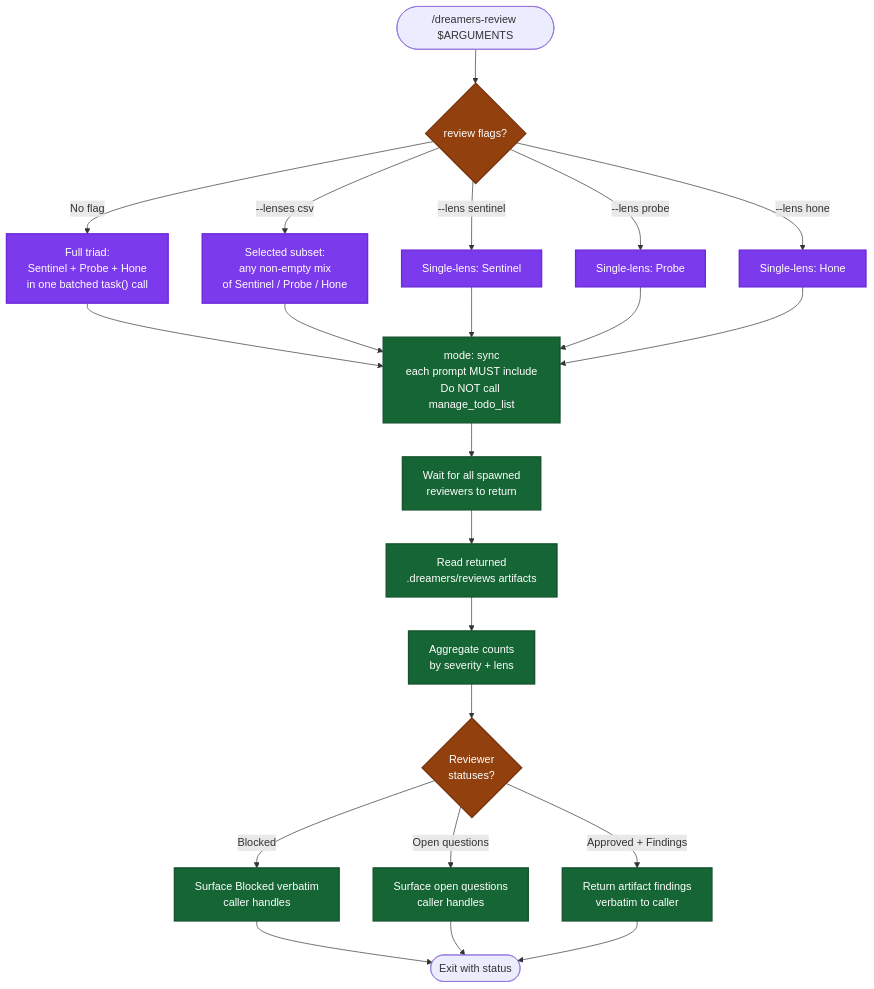
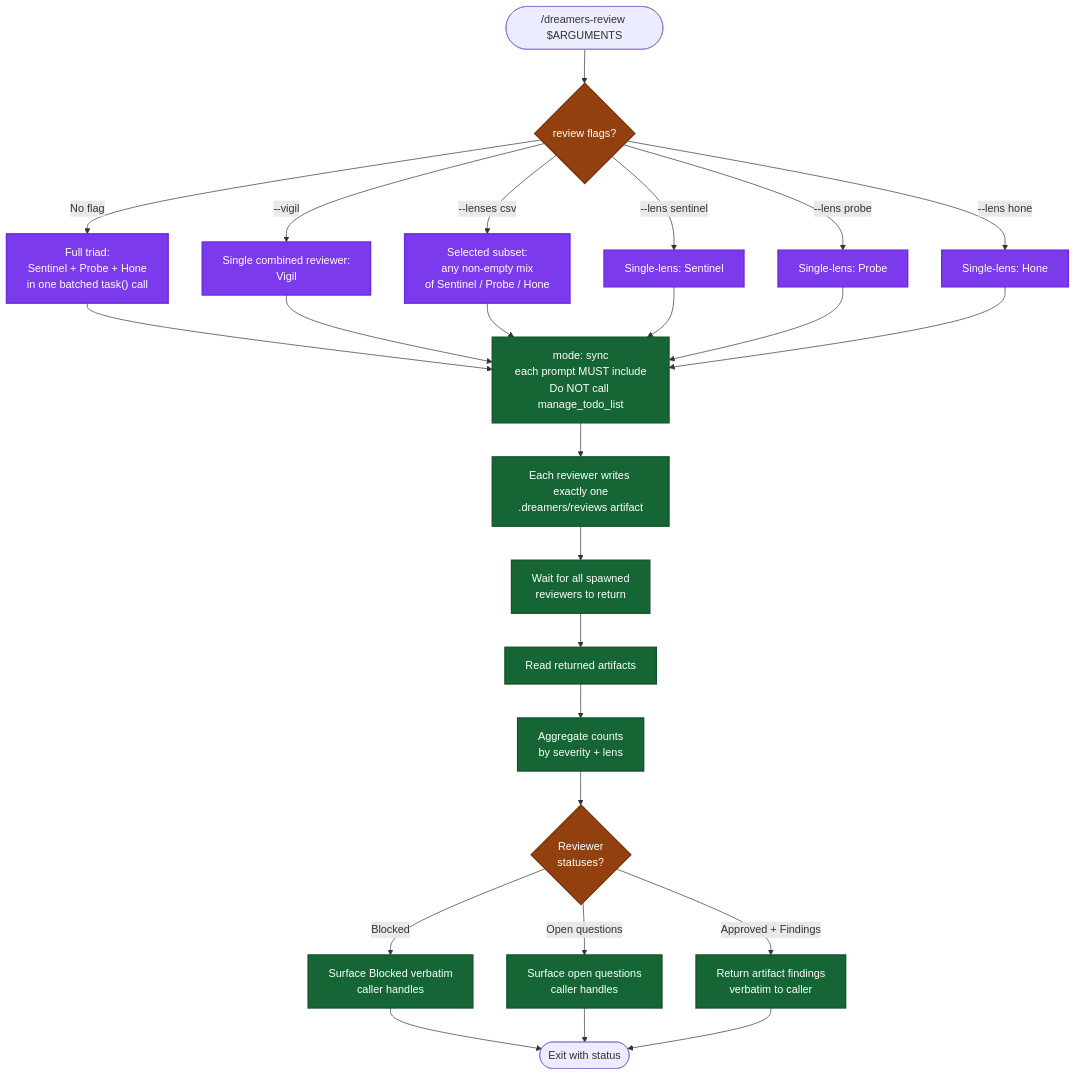
One commit to mrStorrs/dreamers-copilot changed the diagram in .github/skills/dreamers-review/readme.md. Above: the diagram before and after it, drawn with Mermaid. The commit also changed other lines of this file and 13 other files, not shown here.

````diff
--- a/.github/skills/dreamers-review/readme.md
+++ b/.github/skills/dreamers-review/readme.md
@@ -5,37 +5,40 @@
 ```mermaid
 flowchart TD
     Start(["/dreamers-review $ARGUMENTS"]) --> ModeCheck{"review flags?"}
 
     ModeCheck -->|No flag| Triad["Full triad:<br/>Sentinel + Probe + Hone<br/>in one batched task() call"]
+    ModeCheck -->|--vigil| Vigil["Single combined reviewer:<br/>Vigil"]
     ModeCheck -->|--lenses csv| Selected["Selected subset:<br/>any non-empty mix<br/>of Sentinel / Probe / Hone"]
     ModeCheck -->|--lens sentinel| LensS["Single-lens: Sentinel"]
     ModeCheck -->|--lens probe| LensP["Single-lens: Probe"]
     ModeCheck -->|--lens hone| LensH["Single-lens: Hone"]
 
     Triad --> Spawn["mode: sync<br/>each prompt MUST include<br/>Do NOT call manage_todo_list"]
+    Vigil --> Spawn
     Selected --> Spawn
     LensS --> Spawn
     LensP --> Spawn
     LensH --> Spawn
 
-    Spawn --> Wait["Wait for all spawned<br/>reviewers to return"]
-    Wait --> Collect["Read returned<br/>.dreamers/reviews artifacts"]
+    Spawn --> WriteArtifact["Each reviewer writes exactly one<br/>.dreamers/reviews artifact"]
+    WriteArtifact --> Wait["Wait for all spawned<br/>reviewers to return"]
+    Wait --> Collect["Read returned artifacts"]
     Collect --> Aggregate["Aggregate counts<br/>by severity + lens"]
     Aggregate --> CheckStatus{"Reviewer<br/>statuses?"}
 
     CheckStatus -->|Blocked| Surface1["Surface Blocked verbatim<br/>caller handles"]
     CheckStatus -->|Open questions| Surface2["Surface open questions<br/>caller handles"]
     CheckStatus -->|Approved + Findings| Report["Return artifact findings<br/>verbatim to caller"]
 
     Surface1 --> End(["Exit with status"])
     Surface2 --> End
     Report --> End
 
     classDef gate fill:#92400e,stroke:#78350f,stroke-width:2px,color:#fff
     classDef phase fill:#166534,stroke:#14532d,stroke-width:2px,color:#fff
     classDef agent fill:#7c3aed,stroke:#6d28d9,stroke-width:2px,color:#fff
 
     class ModeCheck,CheckStatus gate
-    class Triad,Selected,LensS,LensP,LensH agent
-    class Spawn,Wait,Collect,Aggregate,Surface1,Surface2,Report phase
+    class Triad,Vigil,Selected,LensS,LensP,LensH agent
+    class Spawn,WriteArtifact,Wait,Collect,Aggregate,Surface1,Surface2,Report phase
 ```
````
